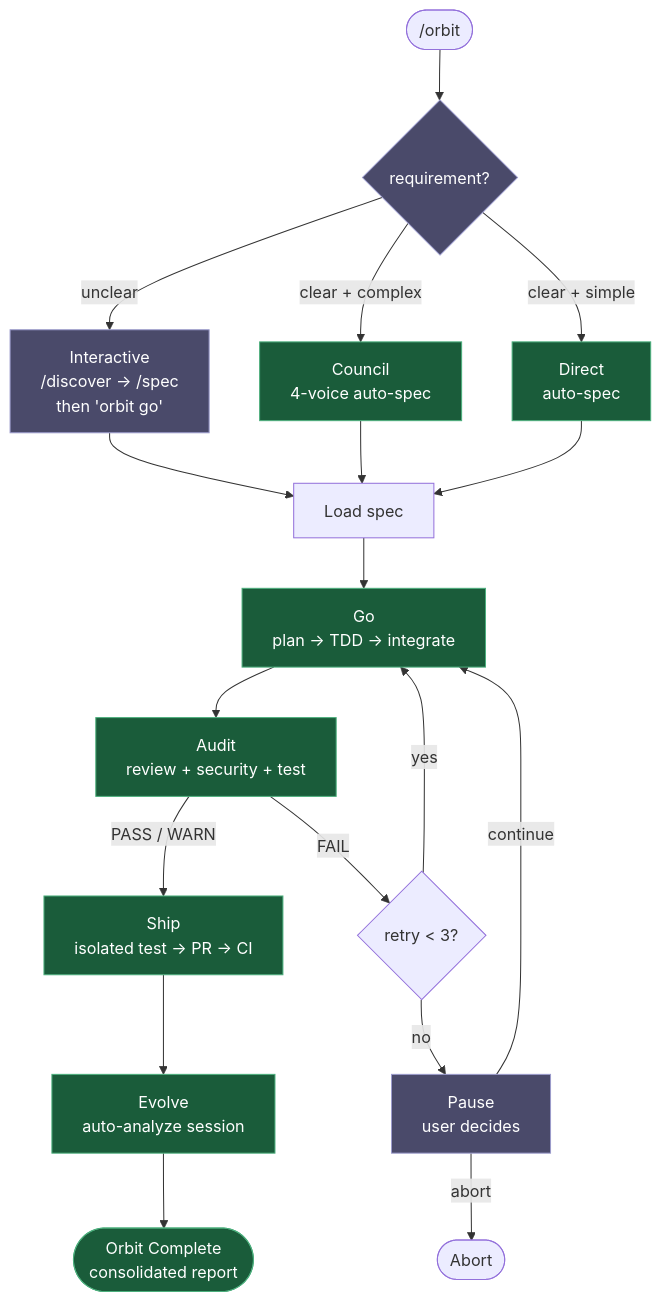
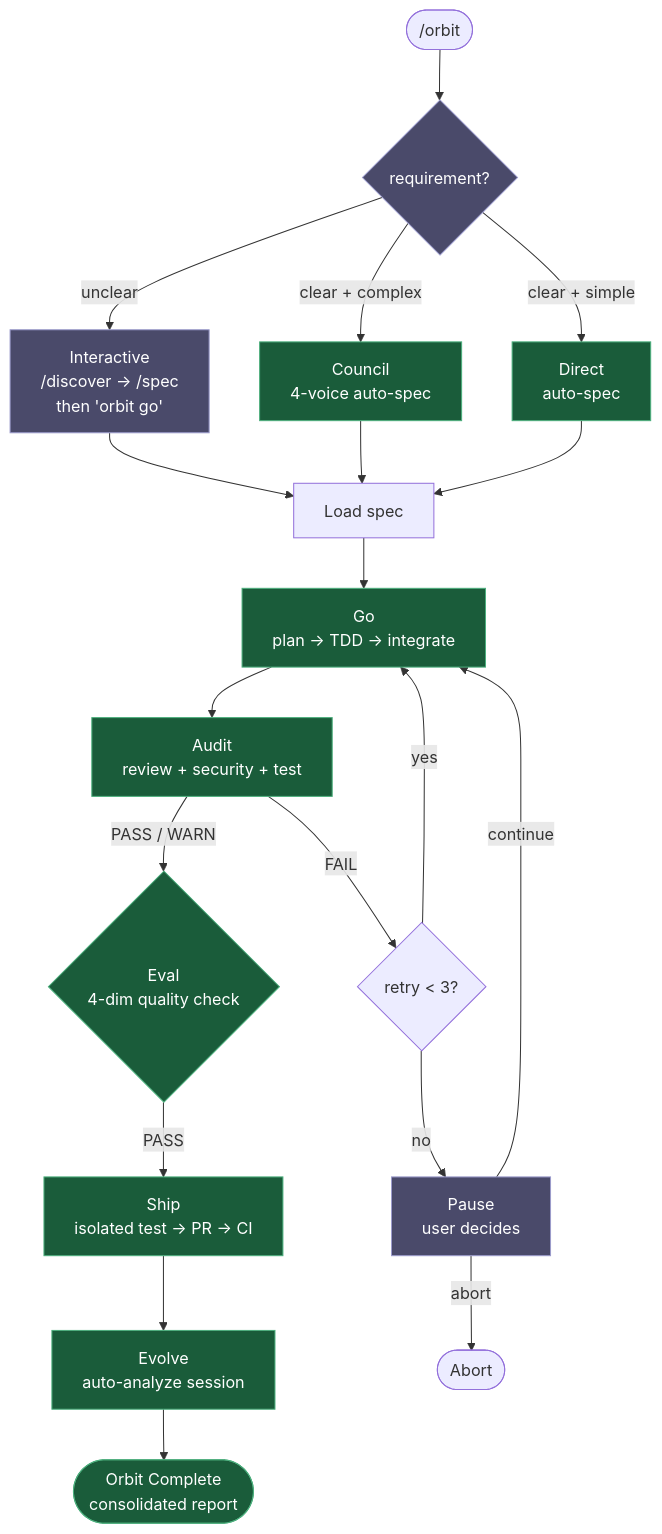
Before and after one commit to epicsagas/epic-harness: the first of 2 diagrams in i18n/zh-CN/README.md, drawn with Mermaid. The commit also changed other lines of this file and 10 other files, not shown here.

````diff
--- a/i18n/zh-CN/README.md
+++ b/i18n/zh-CN/README.md
@@ -186,23 +187,24 @@
 ```mermaid
 flowchart TD
     START(["/orbit"]) --> MODE{"requirement?"}:::human
     MODE -->|"unclear"| WAIT["Interactive\n/discover → /spec\nthen 'orbit go'"]:::human
     MODE -->|"clear + complex"| COUNCIL["Council\n4-voice auto-spec"]:::auto
     MODE -->|"clear + simple"| DIRECT["Direct\nauto-spec"]:::auto
     WAIT --> SPEC_LOAD["Load spec"]
     COUNCIL --> SPEC_LOAD
     DIRECT --> SPEC_LOAD
     SPEC_LOAD --> GO["Go\nplan → TDD → integrate"]:::auto
     GO --> AUDIT["Audit\nreview + security + test"]:::auto
-    AUDIT -->|"PASS / WARN"| SHIP["Ship\nisolated test → PR → CI"]:::auto
+    AUDIT -->|"PASS / WARN"| EVAL{"Eval\n4-dim quality check"}:::auto
+    EVAL -->|PASS| SHIP["Ship\nisolated test → PR → CI"]:::auto
     AUDIT -->|FAIL| RETRY{"retry < 3?"}
     RETRY -->|yes| GO
     RETRY -->|no| PAUSE["Pause\nuser decides"]:::human
     PAUSE -->|continue| GO
     PAUSE -->|abort| ABORT(["Abort"])
     SHIP --> EVOLVE["Evolve\nauto-analyze session"]:::auto
     EVOLVE --> DONE(["Orbit Complete\nconsolidated report"]):::auto
 
     classDef human fill:#4a4a6a,stroke:#9b9bcc,color:#fff
     classDef auto  fill:#1a5c3a,stroke:#4caf7d,color:#fff
 ```
````
